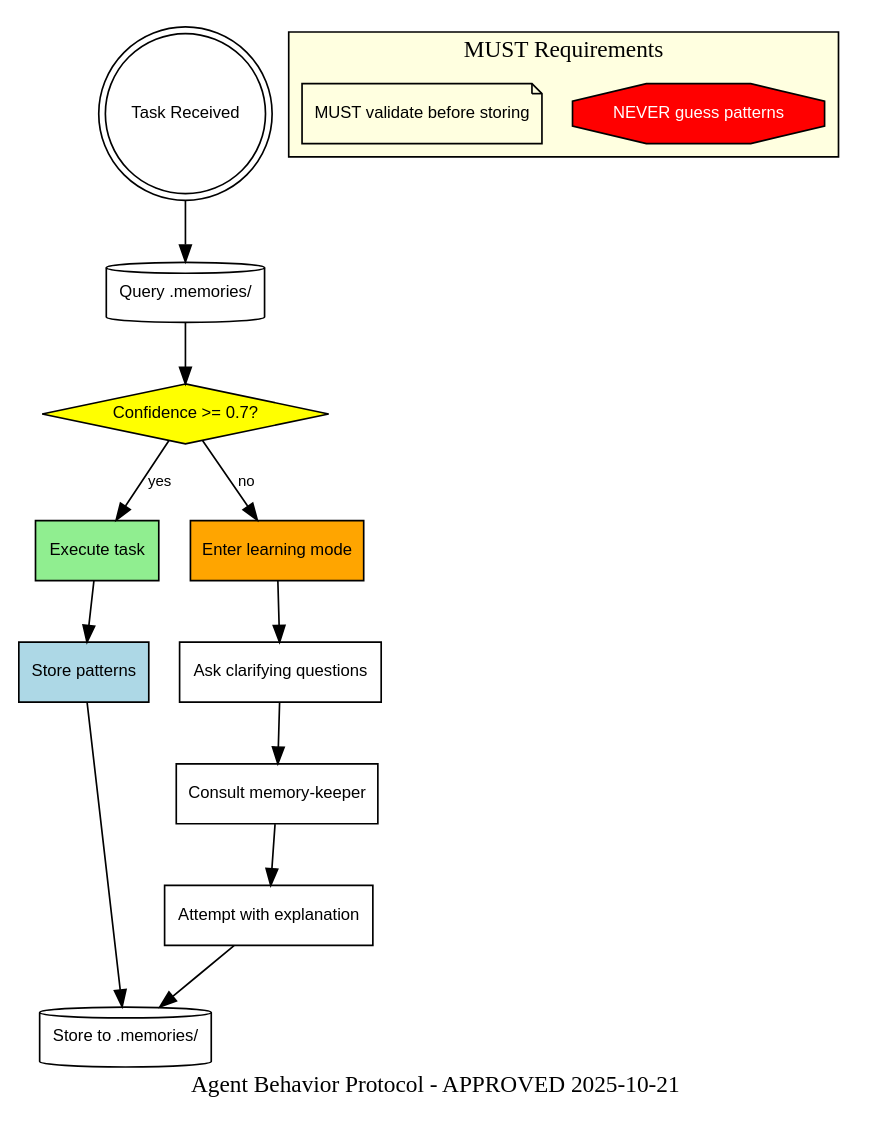
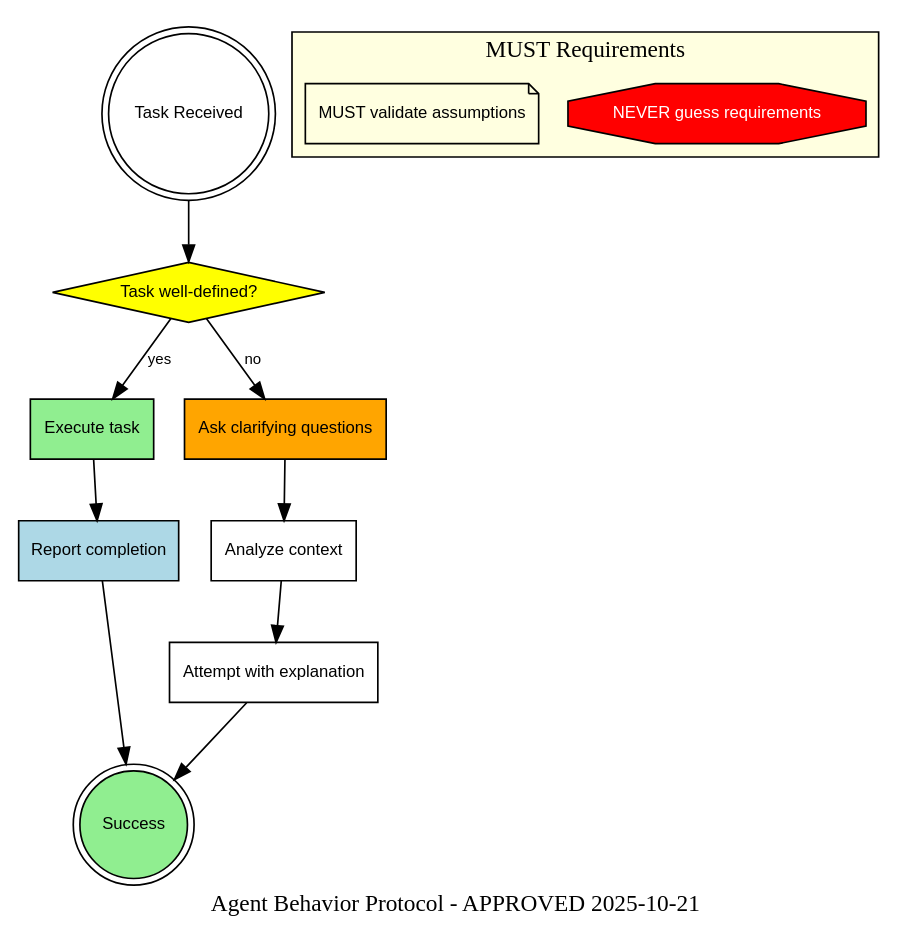
Before and after one commit to ravila4/claude-code-config: the third of 9 diagrams in claude/skills/graphviz-diagrams/references/protocol_templates.md, drawn with Graphviz. The commit also changed other lines of this file and 20 other files, not shown here.

````diff
--- a/claude/skills/graphviz-diagrams/references/protocol_templates.md
+++ b/claude/skills/graphviz-diagrams/references/protocol_templates.md
@@ -137,54 +137,50 @@
 ```dot
 digraph AgentProtocol {
   label = "Agent Behavior Protocol - APPROVED 2025-10-21";
   rankdir = TB;
 
   node [fontname="Arial", fontsize=10];
   edge [fontname="Arial", fontsize=9];
 
   // Entry
   Start [shape=doublecircle, label="Task Received"];
 
-  // Confidence check (learning mode trigger)
-  "Confidence >= 0.7?" [shape=diamond, fillcolor=yellow, style=filled];
+  // Confidence check
+  "Task well-defined?" [shape=diamond, fillcolor=yellow, style=filled];
 
   // High confidence path
   "Execute task" [shape=box, fillcolor=lightgreen, style=filled];
-  "Store patterns" [shape=box, fillcolor=lightblue, style=filled];
+  "Report completion" [shape=box, fillcolor=lightblue, style=filled];
 
-  // Low confidence path (learning mode)
-  "Enter learning mode" [shape=box, fillcolor=orange, style=filled];
-  "Ask clarifying questions" [shape=box];
-  "Consult memory-keeper" [shape=box];
+  // Low confidence path
+  "Ask clarifying questions" [shape=box, fillcolor=orange, style=filled];
+  "Analyze context" [shape=box];
   "Attempt with explanation" [shape=box];
-
-  // Memory integration
-  "Query .memories/" [shape=cylinder, fillcolor=lightyellow];
-  "Store to .memories/" [shape=cylinder, fillcolor=lightyellow];
 
   // Constraints
   subgraph cluster_constraints {
     label = "MUST Requirements";
     style = filled;
     fillcolor = lightyellow;
 
-    "NEVER guess patterns" [shape=octagon, fillcolor=red, fontcolor=white, style=filled];
-    "MUST validate before storing" [shape=note];
+    "NEVER guess requirements" [shape=octagon, fillcolor=red, fontcolor=white, style=filled];
+    "MUST validate assumptions" [shape=note];
   }
 
+  // Exit
+  Success [shape=doublecircle, fillcolor=lightgreen, style=filled];
+
   // Flows
-  Start -> "Query .memories/";
-  "Query .memories/" -> "Confidence >= 0.7?";
+  Start -> "Task well-defined?";
 
-  "Confidence >= 0.7?" -> "Execute task" [label="yes"];
-  "Confidence >= 0.7?" -> "Enter learning mode" [label="no"];
+  "Task well-defined?" -> "Execute task" [label="yes"];
+  "Task well-defined?" -> "Ask clarifying questions" [label="no"];
 
-  "Execute task" -> "Store patterns";
-  "Store patterns" -> "Store to .memories/";
+  "Execute task" -> "Report completion";
+  "Report completion" -> Success;
 
-  "Enter learning mode" -> "Ask clarifying questions";
-  "Ask clarifying questions" -> "Consult memory-keeper";
-  "Consult memory-keeper" -> "Attempt with explanation";
-  "Attempt with explanation" -> "Store to .memories/";
+  "Ask clarifying questions" -> "Analyze context";
+  "Analyze context" -> "Attempt with explanation";
+  "Attempt with explanation" -> Success;
 }
 ```
````
